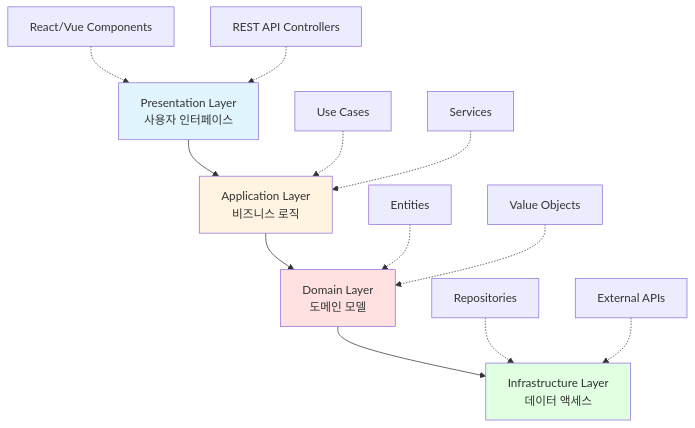
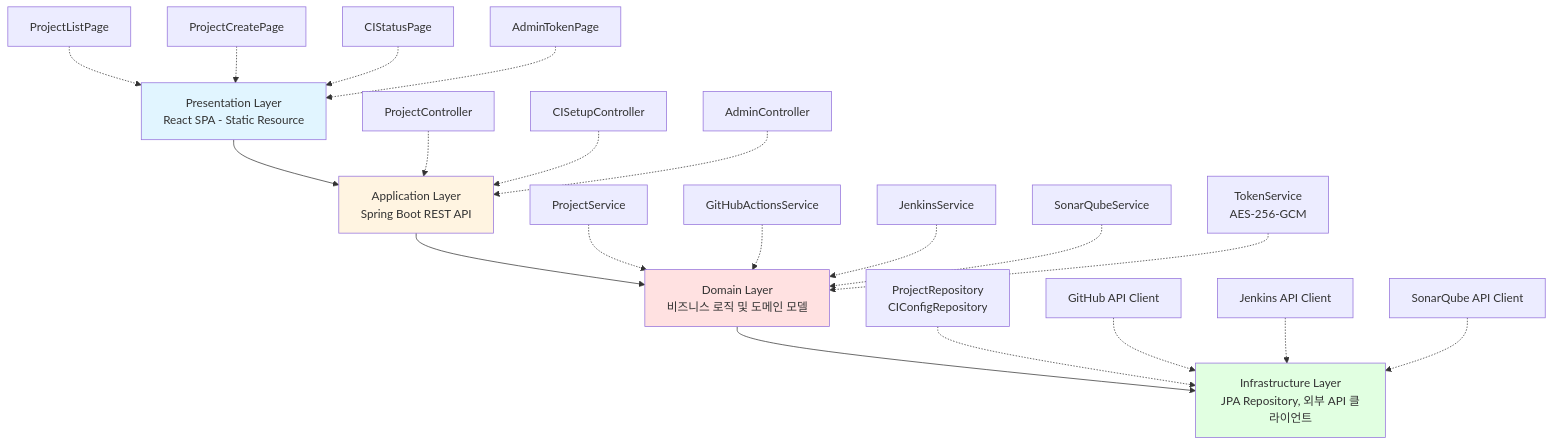
The third of 12 diagrams in docs/hld/architecture.md (kost0806/ci-hub), drawn with Mermaid before and after one commit. The commit also changed other lines of this file and 6 other files, not shown here.

````diff
--- a/docs/hld/architecture.md
+++ b/docs/hld/architecture.md
@@ -103,23 +95,31 @@
 ```mermaid
 graph TD
-    A[Presentation Layer<br/>사용자 인터페이스] --> B[Application Layer<br/>비즈니스 로직]
-    B --> C[Domain Layer<br/>도메인 모델]
-    C --> D[Infrastructure Layer<br/>데이터 액세스]
+    A[Presentation Layer<br/>React SPA - Static Resource] --> B[Application Layer<br/>Spring Boot REST API]
+    B --> C[Domain Layer<br/>비즈니스 로직 및 도메인 모델]
+    C --> D[Infrastructure Layer<br/>JPA Repository, 외부 API 클라이언트]
 
-    A1[React/Vue Components] -.-> A
-    A2[REST API Controllers] -.-> A
+    A1[ProjectListPage] -.-> A
+    A2[ProjectCreatePage] -.-> A
+    A3[CIStatusPage] -.-> A
+    A4[AdminTokenPage] -.-> A
 
-    B1[Use Cases] -.-> B
-    B2[Services] -.-> B
+    B1[ProjectController] -.-> B
+    B2[CISetupController] -.-> B
+    B3[AdminController] -.-> B
 
-    C1[Entities] -.-> C
-    C2[Value Objects] -.-> C
+    C1[ProjectService] -.-> C
+    C2[GitHubActionsService] -.-> C
+    C3[JenkinsService] -.-> C
+    C4[SonarQubeService] -.-> C
+    C5[TokenService<br/>AES-256-GCM] -.-> C
 
-    D1[Repositories] -.-> D
-    D2[External APIs] -.-> D
+    D1[ProjectRepository<br/>CIConfigRepository] -.-> D
+    D2[GitHub API Client] -.-> D
+    D3[Jenkins API Client] -.-> D
+    D4[SonarQube API Client] -.-> D
 
     style A fill:#e1f5ff
     style B fill:#fff4e1
     style C fill:#ffe1e1
     style D fill:#e1ffe1
 ```
````
